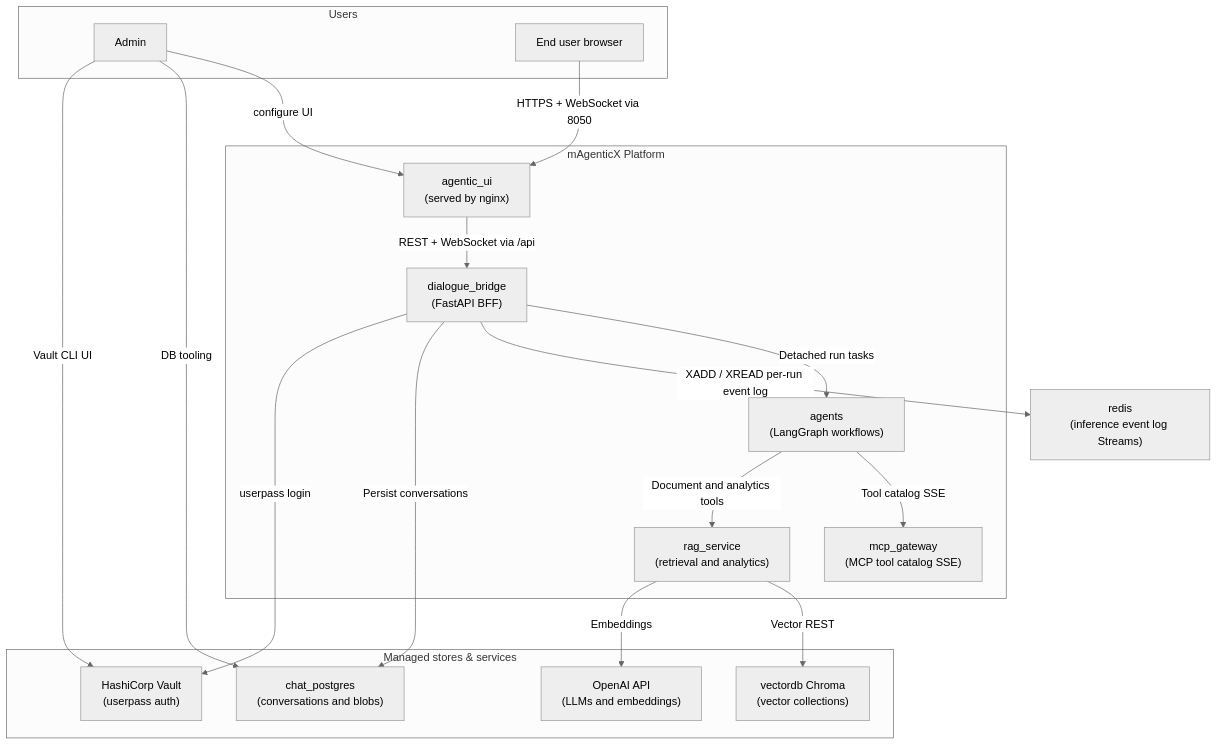
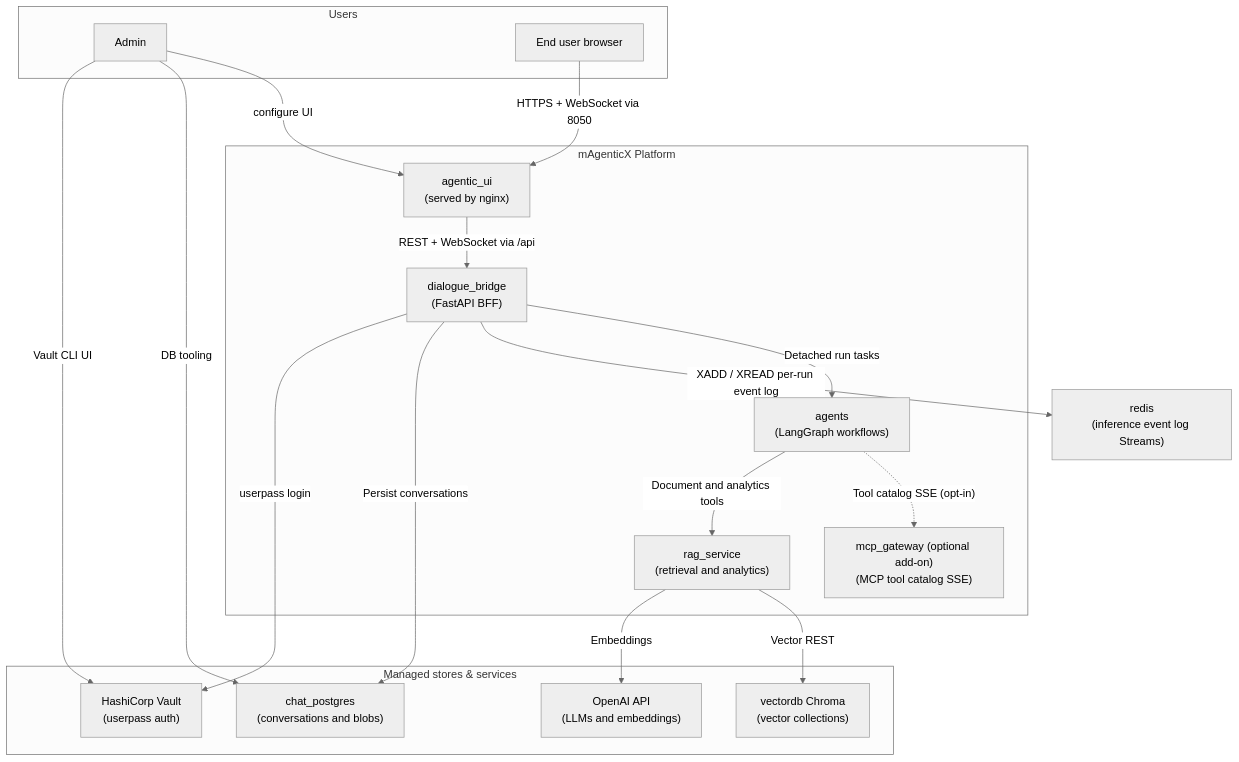
Before and after one commit to konstantinosmpouros/mAgenticX: the first of 9 diagrams in README.md, drawn with Mermaid (neutral theme). The commit also changed other lines of this file and 31 other files, not shown here.

````diff
--- a/README.md
+++ b/README.md
@@ -18,36 +18,36 @@
 ```mermaid
 flowchart TB
     subgraph Users["Users"]
         Admin["Admin"]
         Browser["End user browser"]
     end
 
     subgraph Platform["mAgenticX Platform"]
         UI["agentic_ui<br/>(served by nginx)"]
         Bridge["dialogue_bridge<br/>(FastAPI BFF)"]
         Agents["agents<br/>(LangGraph workflows)"]
-        MCP["mcp_gateway<br/>(MCP tool catalog SSE)"]
+        MCP["mcp_gateway (optional add-on)<br/>(MCP tool catalog SSE)"]
         RAG["rag_service<br/>(retrieval and analytics)"]
     end
 
     subgraph Stores["Managed stores & services"]
         PG["chat_postgres<br/>(conversations and blobs)"]
         Vault["HashiCorp Vault<br/>(userpass auth)"]
         Chroma["vectordb Chroma<br/>(vector collections)"]
         OpenAI["OpenAI API<br/>(LLMs and embeddings)"]
     end
 
     Admin -->|"configure UI"| UI
     Browser -->|"HTTPS + WebSocket via 8050"| UI
     UI -->|"REST + WebSocket via /api"| Bridge
     Bridge -->|"Detached run tasks"| Agents
     Bridge -->|"XADD / XREAD per-run event log"| Redis["redis<br/>(inference event log Streams)"]
-    Agents -->|"Tool catalog SSE"| MCP
+    Agents -.->|"Tool catalog SSE (opt-in)"| MCP
     Bridge -->|"Persist conversations"| PG
     Bridge -->|"userpass login"| Vault
     Agents -->|"Document and analytics tools"| RAG
     RAG -->|"Vector REST"| Chroma
     RAG -->|"Embeddings"| OpenAI
     Admin -->|"DB tooling"| PG
     Admin -->|"Vault CLI UI"| Vault
 ```
````
